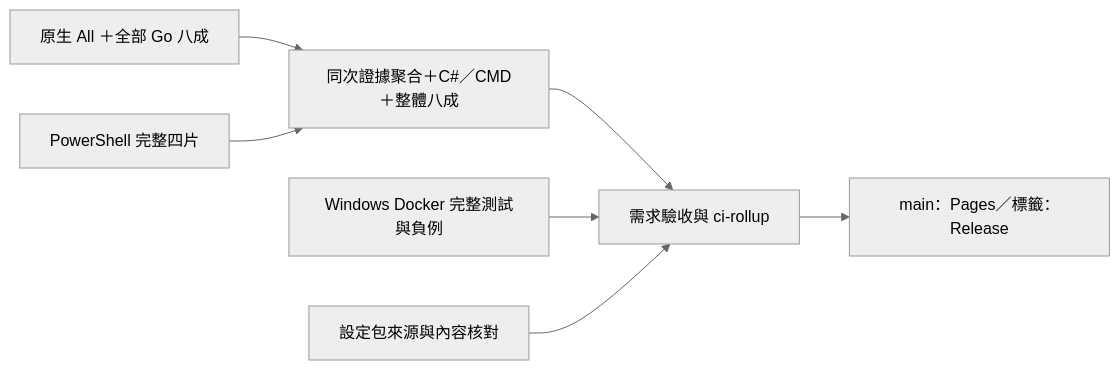
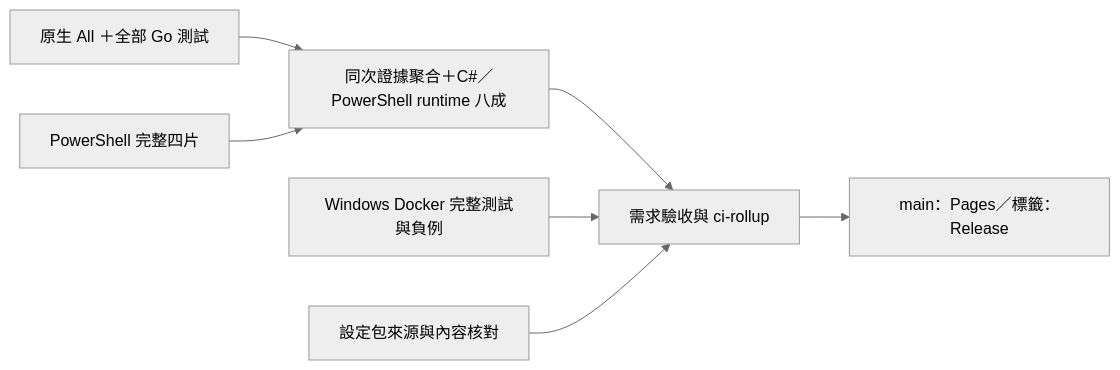
Before and after one commit to ycpss91255/windows-nuc-setup: the diagram in readme.md, drawn with Mermaid (neutral theme). The commit also changed other lines of this file and 1 other file, not shown here.

First line of the commit message:
說明 runtime 覆蓋率與測試門檻

````diff
--- a/readme.md
+++ b/readme.md
@@ -639,9 +639,9 @@
 ```mermaid
 flowchart LR
-  native["原生 All ＋全部 Go 八成"] --> aggregate["同次證據聚合＋C#／CMD＋整體八成"]
+  native["原生 All ＋全部 Go 測試"] --> aggregate["同次證據聚合＋C#／PowerShell runtime 八成"]
   powershell["PowerShell 完整四片"] --> aggregate
   aggregate --> gate["需求驗收與 ci-rollup"]
   docker["Windows Docker 完整測試與負例"] --> gate
   payload["設定包來源與內容核對"] --> gate
   gate --> publish["main：Pages／標籤：Release"]
 ```
````
